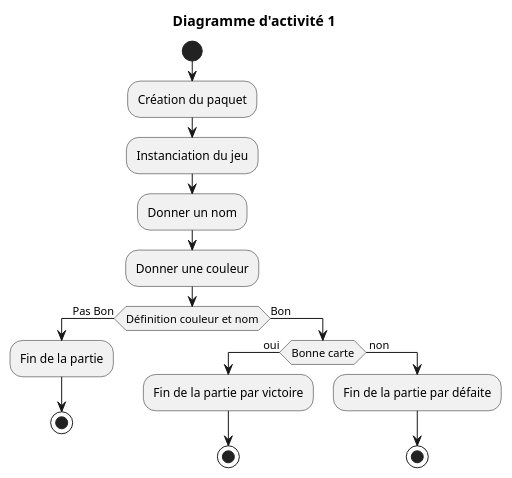
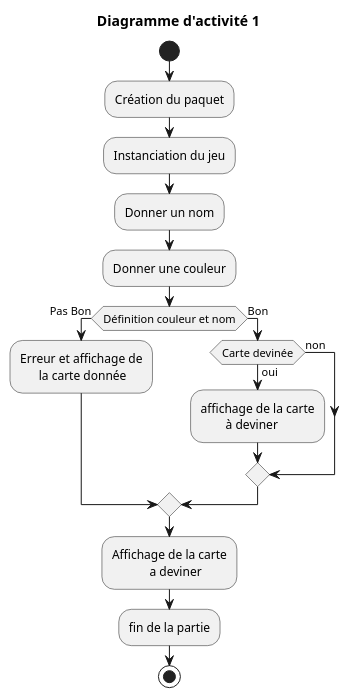
The diagram in src/main/kotlin/org/sio/slam/devine/DiagActPre.adoc (LiLcHUkuY/projet-dev-cartes), drawn with PlantUML before and after one commit.

Commit message:
Diagramme d'activité 1 V 2.0

```diff
--- a/src/main/kotlin/org/sio/slam/devine/DiagActPre.adoc
+++ b/src/main/kotlin/org/sio/slam/devine/DiagActPre.adoc
@@ -1,26 +1,30 @@
 [plantuml]
 -----
 @startuml
-
+!pragma useVerticalIf on
 title Diagramme d'activité 1
 
 start
 
 :Création du paquet;
 :Instanciation du jeu;
 :Donner un nom;
 :Donner une couleur;
 
 if (Définition couleur et nom) then (Pas Bon)
-    :Fin de la partie;
-    stop
+    :Erreur et affichage de
+          la carte donnée;
+
 else (Bon)
-    if (Bonne carte) then (oui)
-        :Fin de la partie par victoire;
-        stop
-    else ( non)
-        :Fin de la partie par défaite;
-
+    if (Carte devinée) then (oui)
+        :affichage de la carte
+                à deviner;
+    else (non)
+endif
+endif
+:Affichage de la carte
+            a deviner;
+:fin de la partie;
 stop
 @enduml
 -----
```
